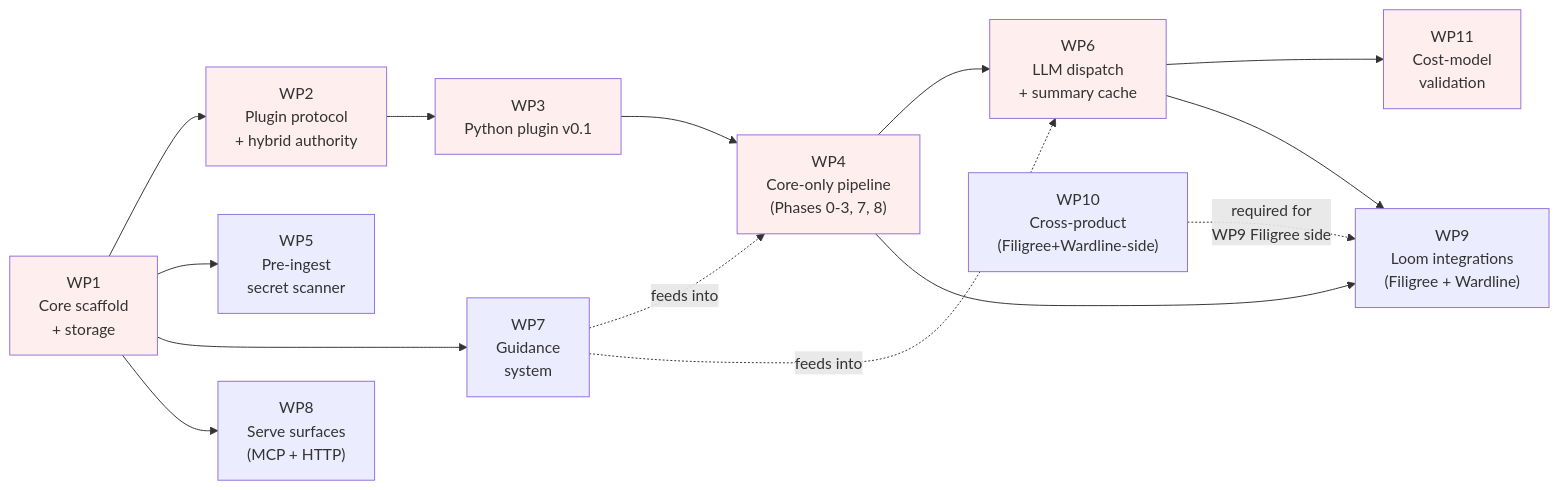
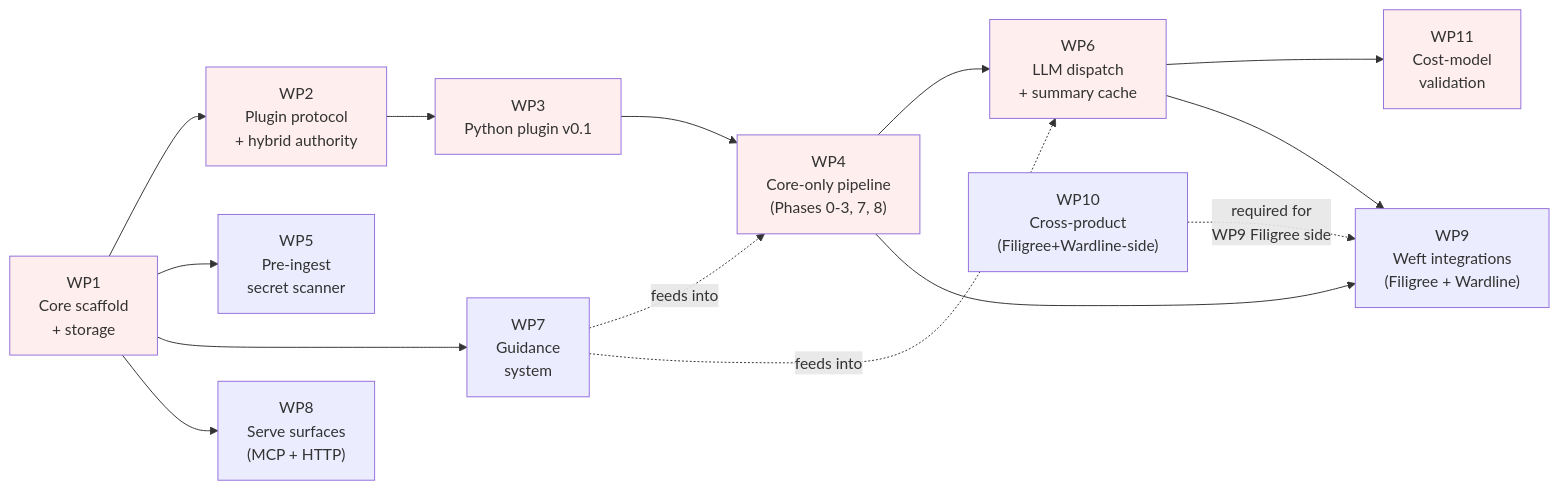
The diagram in docs/implementation/v0.1-plan.md (foundryside-dev/loomweave), drawn with Mermaid before and after one commit. The commit also changed other lines of this file and 614 other files, not shown here.

First line of the commit message:
refactor!: rename Clarion→Loomweave, Loom→Weft; recut 1.3.0→1.0.0

````diff
--- a/docs/implementation/v0.1-plan.md
+++ b/docs/implementation/v0.1-plan.md
@@ -47,31 +47,31 @@
 ```mermaid
 flowchart LR
     WP1["WP1<br/>Core scaffold<br/>+ storage"]
     WP2["WP2<br/>Plugin protocol<br/>+ hybrid authority"]
     WP3["WP3<br/>Python plugin v0.1"]
     WP4["WP4<br/>Core-only pipeline<br/>(Phases 0-3, 7, 8)"]
     WP5["WP5<br/>Pre-ingest<br/>secret scanner"]
     WP6["WP6<br/>LLM dispatch<br/>+ summary cache"]
     WP7["WP7<br/>Guidance<br/>system"]
     WP8["WP8<br/>Serve surfaces<br/>(MCP + HTTP)"]
-    WP9["WP9<br/>Loom integrations<br/>(Filigree + Wardline)"]
+    WP9["WP9<br/>Weft integrations<br/>(Filigree + Wardline)"]
     WP10["WP10<br/>Cross-product<br/>(Filigree+Wardline-side)"]
     WP11["WP11<br/>Cost-model<br/>validation"]
 
     WP1 --> WP2
     WP1 --> WP5
     WP1 --> WP7
     WP1 --> WP8
     WP2 --> WP3
     WP3 --> WP4
     WP4 --> WP6
     WP6 --> WP11
     WP7 -.->|"feeds into"| WP4
     WP7 -.->|"feeds into"| WP6
     WP4 --> WP9
     WP6 --> WP9
     WP10 -.->|"required for<br/>WP9 Filigree side"| WP9
 
     classDef critical fill:#fee
     class WP1,WP2,WP3,WP4,WP6,WP11 critical
 ```
````
